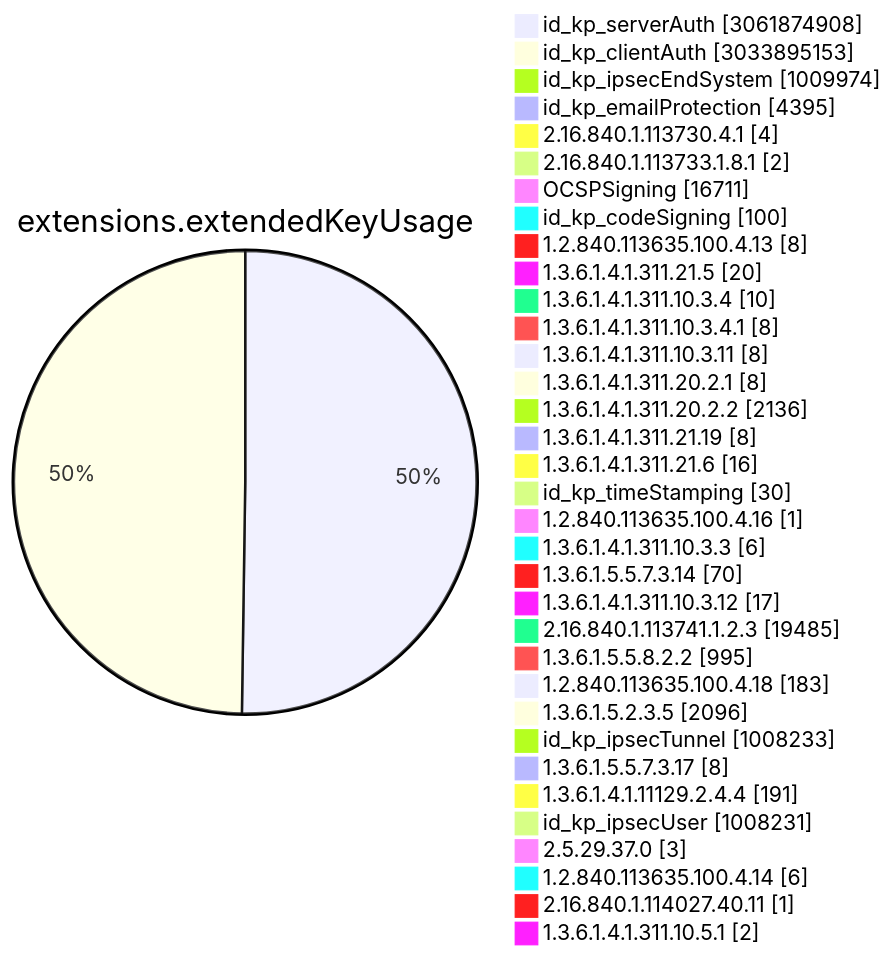
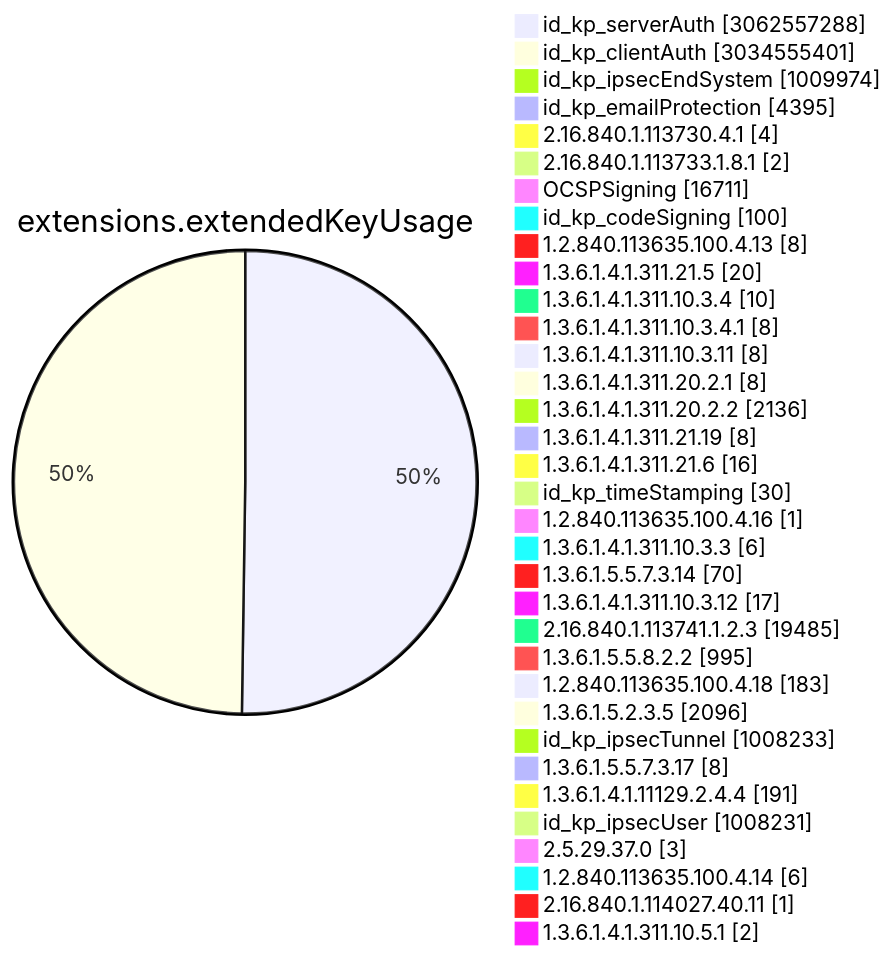
Before and after one commit to christiankrug/ctmonitor_visualization: diagram 11 of 15 in TOTAL/README.md, drawn with Mermaid. The commit also changed other lines of this file, not shown here.

````diff
--- a/TOTAL/README.md
+++ b/TOTAL/README.md
@@ -4119,38 +4119,38 @@
 ```mermaid
 pie showData
 title extensions.extendedKeyUsage
-"id_kp_serverAuth" :3061874908
-"id_kp_clientAuth" :3033895153
+"id_kp_serverAuth" :3062557288
+"id_kp_clientAuth" :3034555401
 "id_kp_ipsecEndSystem" :1009974
 "id_kp_emailProtection" :4395
 "2.16.840.1.113730.4.1" :4
 "2.16.840.1.113733.1.8.1" :2
 "OCSPSigning" :16711
 "id_kp_codeSigning" :100
 "1.2.840.113635.100.4.13" :8
 "1.3.6.1.4.1.311.21.5" :20
 "1.3.6.1.4.1.311.10.3.4" :10
 "1.3.6.1.4.1.311.10.3.4.1" :8
 "1.3.6.1.4.1.311.10.3.11" :8
 "1.3.6.1.4.1.311.20.2.1" :8
 "1.3.6.1.4.1.311.20.2.2" :2136
 "1.3.6.1.4.1.311.21.19" :8
 "1.3.6.1.4.1.311.21.6" :16
 "id_kp_timeStamping" :30
 "1.2.840.113635.100.4.16" :1
 "1.3.6.1.4.1.311.10.3.3" :6
 "1.3.6.1.5.5.7.3.14" :70
 "1.3.6.1.4.1.311.10.3.12" :17
 "2.16.840.1.113741.1.2.3" :19485
 "1.3.6.1.5.5.8.2.2" :995
 "1.2.840.113635.100.4.18" :183
 "1.3.6.1.5.2.3.5" :2096
 "id_kp_ipsecTunnel" :1008233
 "1.3.6.1.5.5.7.3.17" :8
 "1.3.6.1.4.1.11129.2.4.4" :191
 "id_kp_ipsecUser" :1008231
 "2.5.29.37.0" :3
 "1.2.840.113635.100.4.14" :6
 "2.16.840.1.114027.40.11" :1
 "1.3.6.1.4.1.311.10.5.1" :2
 ```
````
